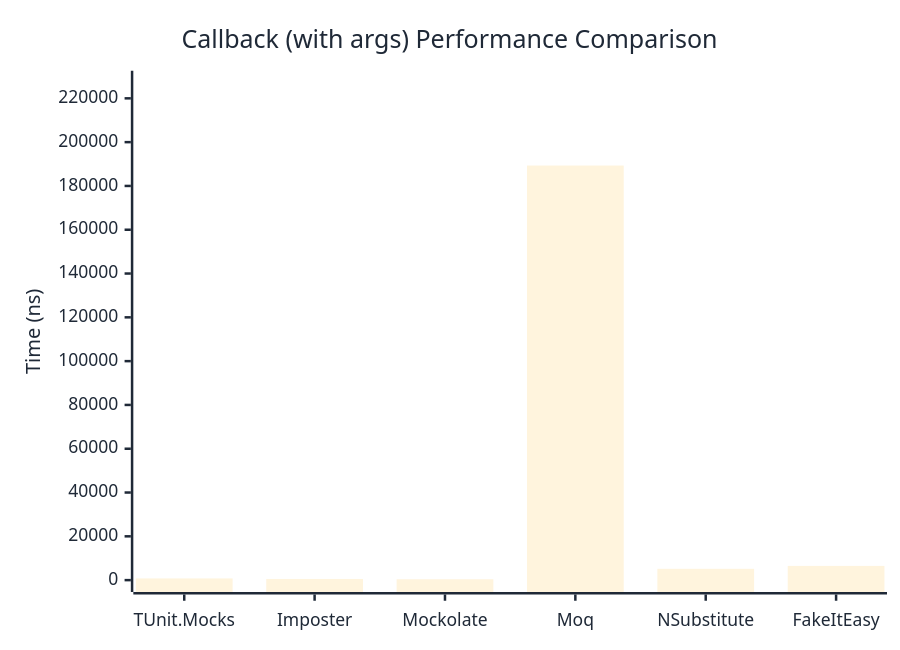
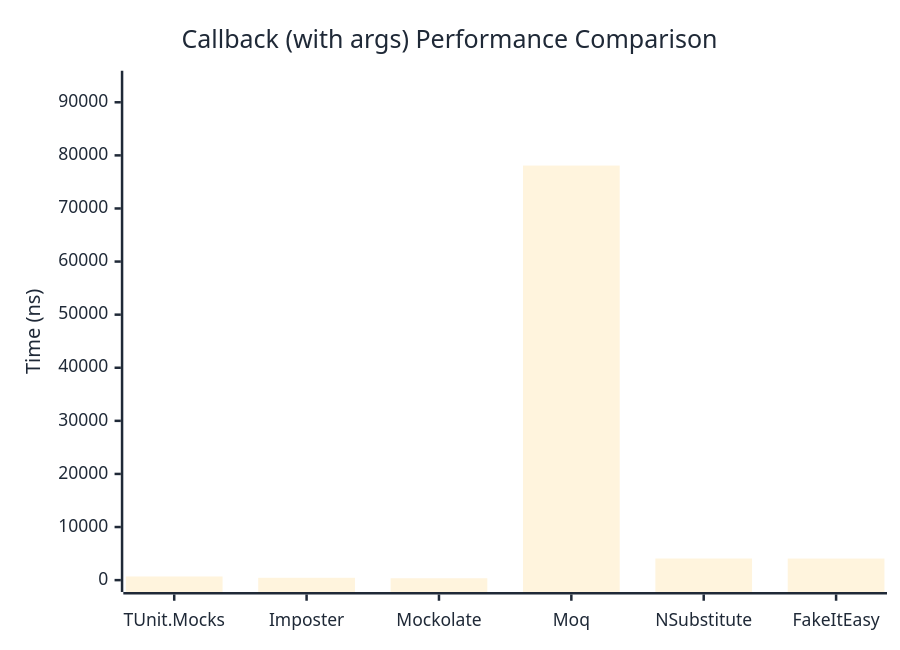
One commit to thomhurst/TUnit changed the second of 2 diagrams in docs/docs/benchmarks/mocks/Callback.md. Above: the diagram before and after it, drawn with Mermaid. The commit also changed other lines of this file and 14 other files, not shown here.

````diff
--- a/docs/docs/benchmarks/mocks/Callback.md
+++ b/docs/docs/benchmarks/mocks/Callback.md
@@ -71,27 +71,27 @@
 ```mermaid
 %%{init: {
   'theme':'base',
   'themeVariables': {
     'primaryColor': '#2563eb',
     'primaryTextColor': '#1f2937',
     'primaryBorderColor': '#1e40af',
     'lineColor': '#6b7280',
     'secondaryColor': '#7c3aed',
     'tertiaryColor': '#dc2626',
     'background': '#ffffff',
     'pie1': '#2563eb',
     'pie2': '#7c3aed',
     'pie3': '#dc2626',
     'pie4': '#f59e0b',
     'pie5': '#10b981',
     'pie6': '#06b6d4',
     'pie7': '#ec4899',
     'pie8': '#6366f1'
   }
 }}%%
 xychart-beta
   title "Callback (with args) Performance Comparison"
   x-axis ["TUnit.Mocks", "Imposter", "Mockolate", "Moq", "NSubstitute", "FakeItEasy"]
-  y-axis "Time (ns)" 0 --> 227177
-  bar [775.8, 535.8, 404.2, 189314, 5169.3, 6487.5]
+  y-axis "Time (ns)" 0 --> 93702
+  bar [687, 439.4, 354.9, 78084.3, 4071.3, 4062.7]
 ```
````
